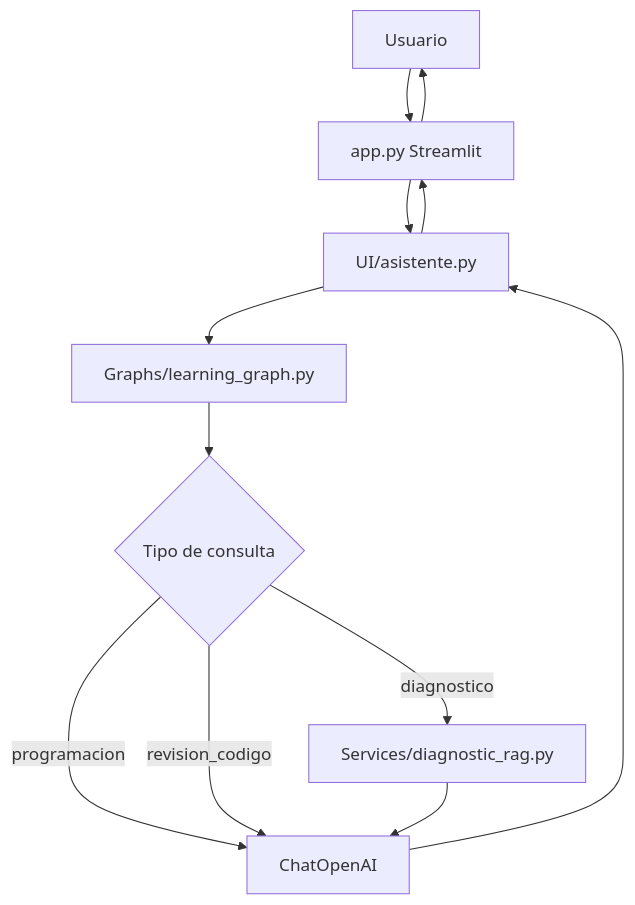
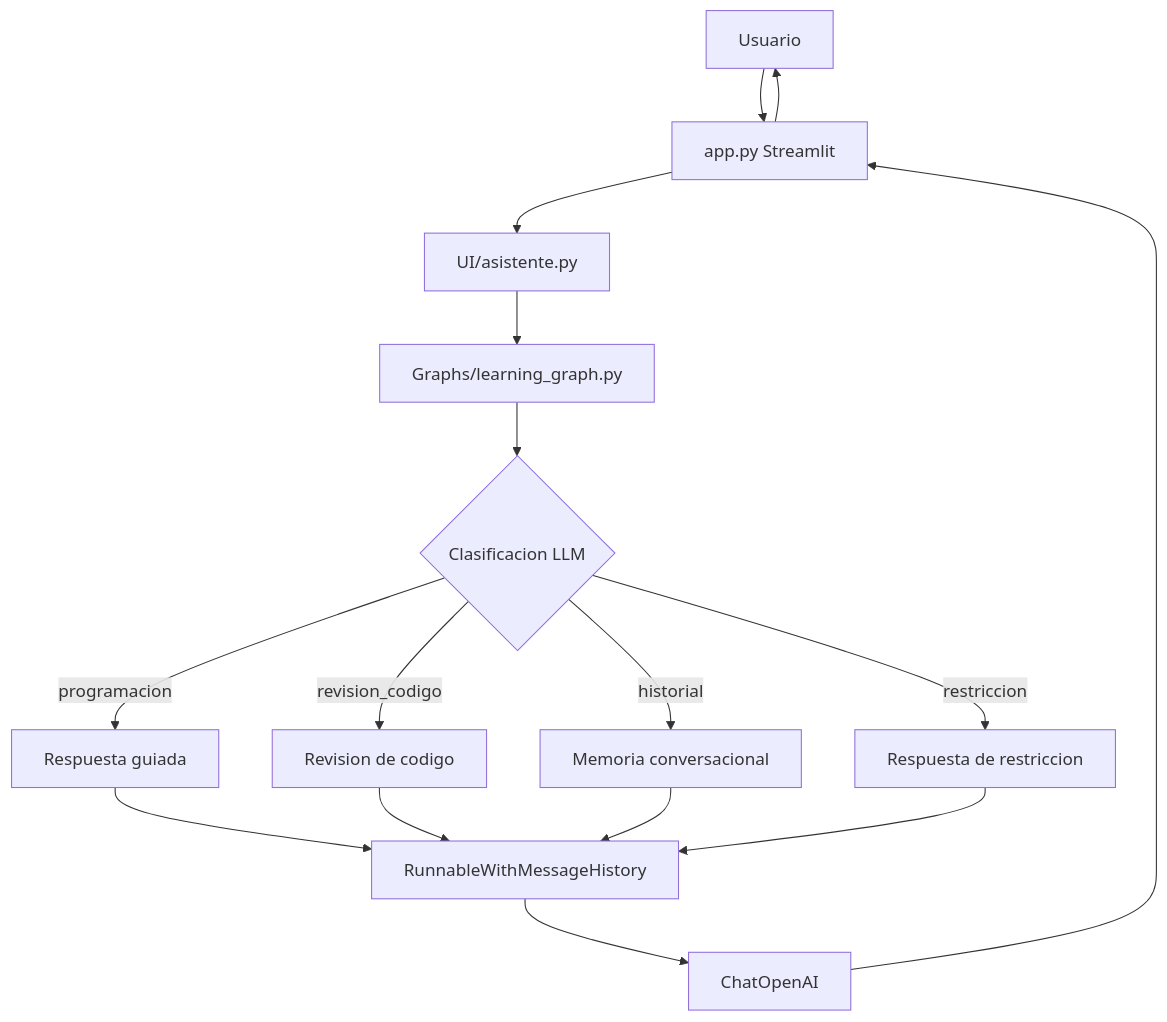
One commit to jose6668/IA-Lanchaing changed the first of 2 diagrams in README.md. Above: the diagram before and after it, drawn with Mermaid. The commit also changed other lines of this file and 53 other files, not shown here.

````diff
--- a/README.md
+++ b/README.md
@@ -75,14 +72,18 @@
 ```mermaid
 flowchart TD
     U[Usuario] --> APP[app.py Streamlit]
     APP --> UI[UI/asistente.py]
     UI --> G[Graphs/learning_graph.py]
-    G --> C{Tipo de consulta}
-    C -->|diagnostico| RAG[Services/diagnostic_rag.py]
-    C -->|programacion| LLM[ChatOpenAI]
-    C -->|revision_codigo| LLM
-    RAG --> LLM
-    LLM --> UI
-    UI --> APP
+    G --> C{Clasificacion LLM}
+    C -->|programacion| P[Respuesta guiada]
+    C -->|revision_codigo| R[Revision de codigo]
+    C -->|historial| H[Memoria conversacional]
+    C -->|restriccion| X[Respuesta de restriccion]
+    P --> M[RunnableWithMessageHistory]
+    R --> M
+    H --> M
+    X --> M
+    M --> OAI[ChatOpenAI]
+    OAI --> APP
     APP --> U
 ```
````
